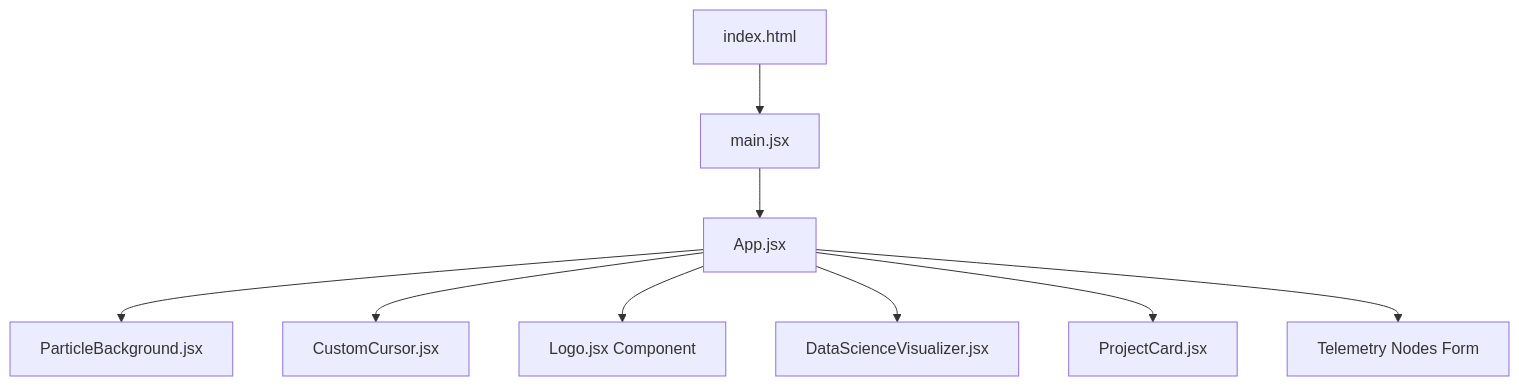
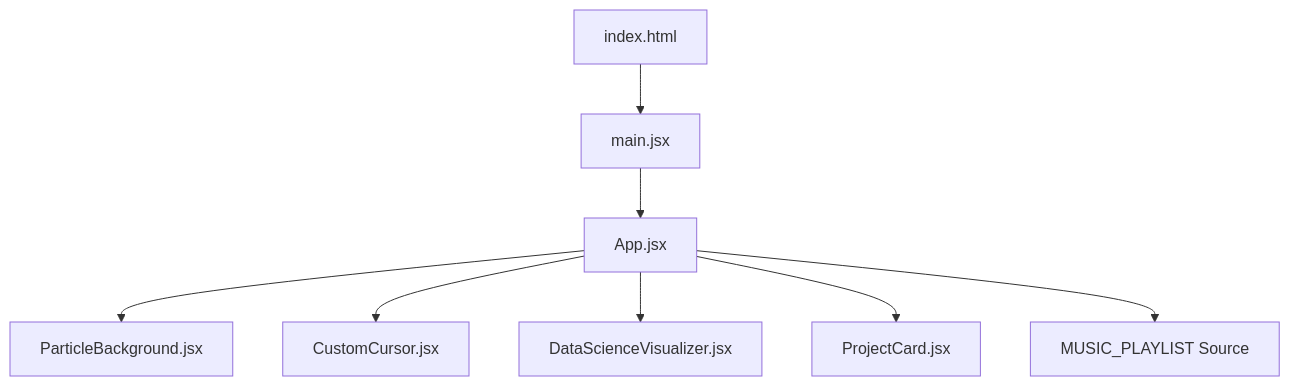
The diagram in README.md (UdayPatnala/portifolio), drawn with Mermaid before and after one commit. The commit also changed other lines of this file and 2 other files, not shown here.

````diff
--- a/README.md
+++ b/README.md
@@ -73,11 +94,10 @@
 ```mermaid
 graph TD
     A[index.html] --> B[main.jsx]
     B --> C[App.jsx]
     C --> D[ParticleBackground.jsx]
     C --> E[CustomCursor.jsx]
-    C --> F[Logo.jsx Component]
-    C --> G[DataScienceVisualizer.jsx]
-    C --> H[ProjectCard.jsx]
-    C --> I[Telemetry Nodes Form]
+    C --> F[DataScienceVisualizer.jsx]
+    C --> G[ProjectCard.jsx]
+    C --> H[MUSIC_PLAYLIST Source]
 ```
````
